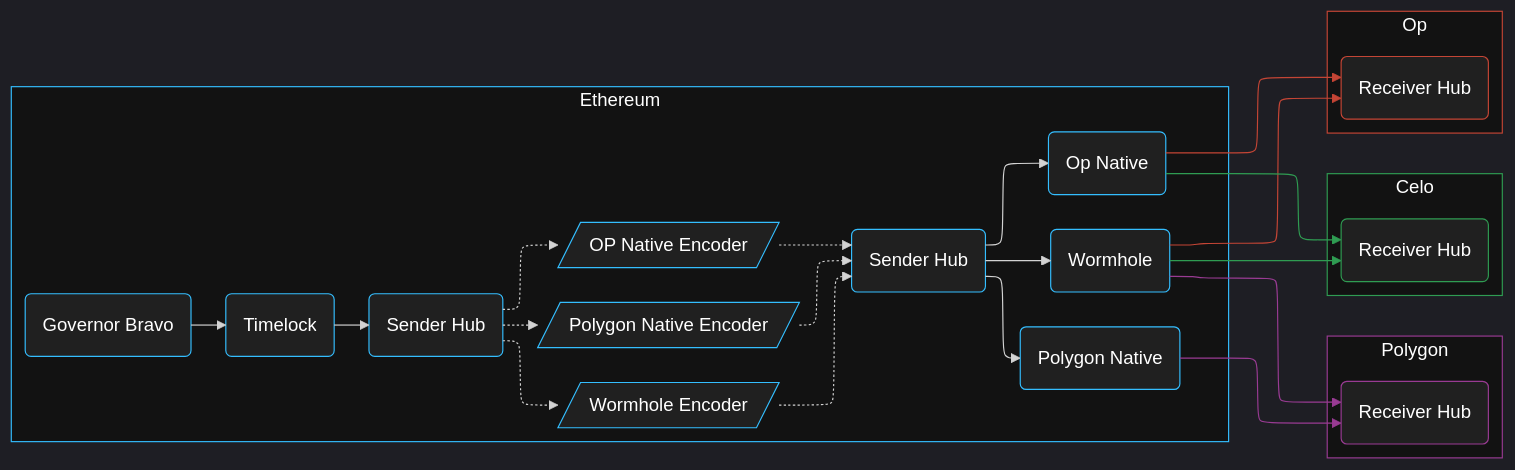
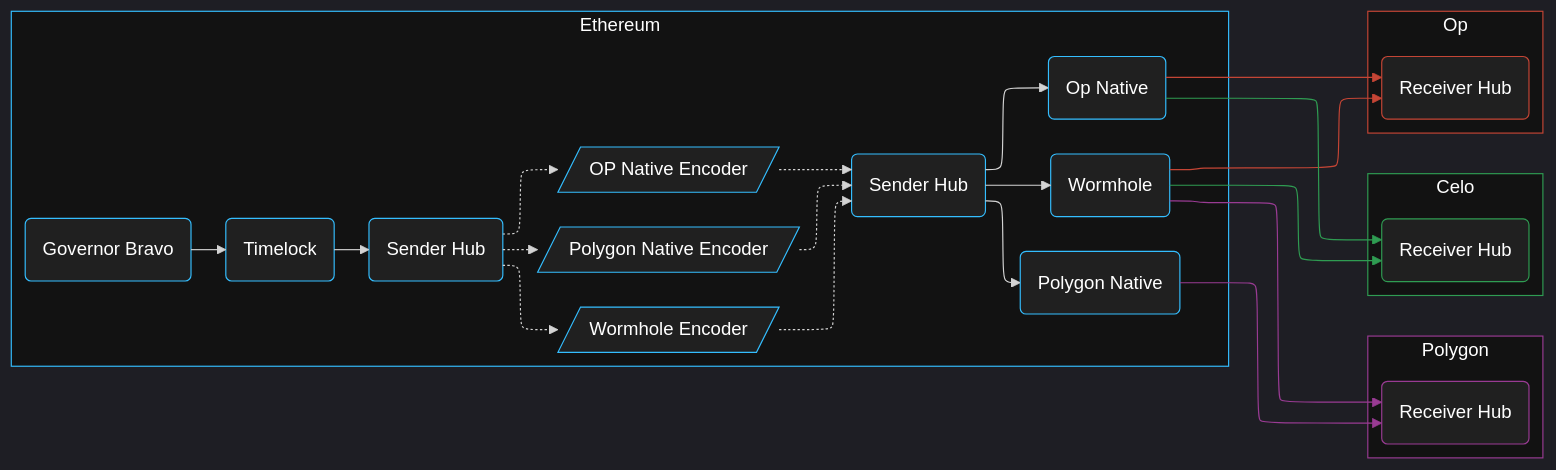
One commit to Uniswap/modular-multichain-governance changed the second of 4 diagrams in README.md. Above: the diagram before and after it, drawn with Mermaid. The commit also changed other lines of this file, not shown here.

Commit message:
mermaid issue

````diff
--- a/README.md
+++ b/README.md
@@ -74,69 +75,66 @@
 ```mermaid
 ---
 config:
     theme: dark
     layout: elk
-    elk:
-        nodePlacementStrategy: "NETWORK_SIMPLEX"
-
 ---
 flowchart LR
     subgraph Polygon
         P_RH0(Receiver Hub):::polygon
     end
     subgraph Celo
         C_RH0(Receiver Hub):::celo
     end
     subgraph Op
         O_RH0(Receiver Hub):::op
     end
 
     subgraph Ethereum
         GB(Governor Bravo):::eth
         TL(Timelock):::eth
         SH(Sender Hub):::eth
         SH1(Sender Hub):::eth
         ONS[/OP Native Encoder/]:::eth
         WHS[/Wormhole Encoder/]:::eth
         PNS[/Polygon Native Encoder/]:::eth
 
         WH(Wormhole):::eth
         PN(Polygon Native):::eth
         ON(Op Native):::eth
 
         GB --> TL
         TL --> SH
 
         SH -.-> WHS -.-> SH1 --> WH
         SH -.-> PNS -.-> SH1 --> PN
         SH -.-> ONS -.-> SH1 --> ON
 
         WH --> P_RH0
         WH --> C_RH0
         WH --> O_RH0
 
         PN --> P_RH0
         ON --> C_RH0
         ON --> O_RH0
     end
 
     Ethereum:::eth_subgraph
     Polygon:::polygon_subgraph
     Celo:::celo_subgraph
     Op:::op_subgraph
 
     classDef core fill:#00000000,stroke:#f50db4,stroke-width:4
     classDef eth_subgraph fill:#121212,stroke:#34beff,color:#fff
     classDef polygon_subgraph fill:#121212,stroke:#993b93,color:#fff
     classDef celo_subgraph fill:#121212,stroke:#2f9c52,color:#fff
     classDef op_subgraph fill:#121212,stroke:#c44535,color:#fff
 
     classDef eth fill:#202020,stroke:#34beff,color:#fff
     classDef polygon fill:#202020,stroke:#993b93,color:#fff
     classDef celo fill:#202020,stroke:#2f9c52,color:#fff
     classDef op fill:#202020,stroke:#c44535,color:#fff
 
     linkStyle 11,14 stroke:#993b93
     linkStyle 12,15 stroke:#2f9c52
     linkStyle 13,16 stroke:#c44535
 ```
````
